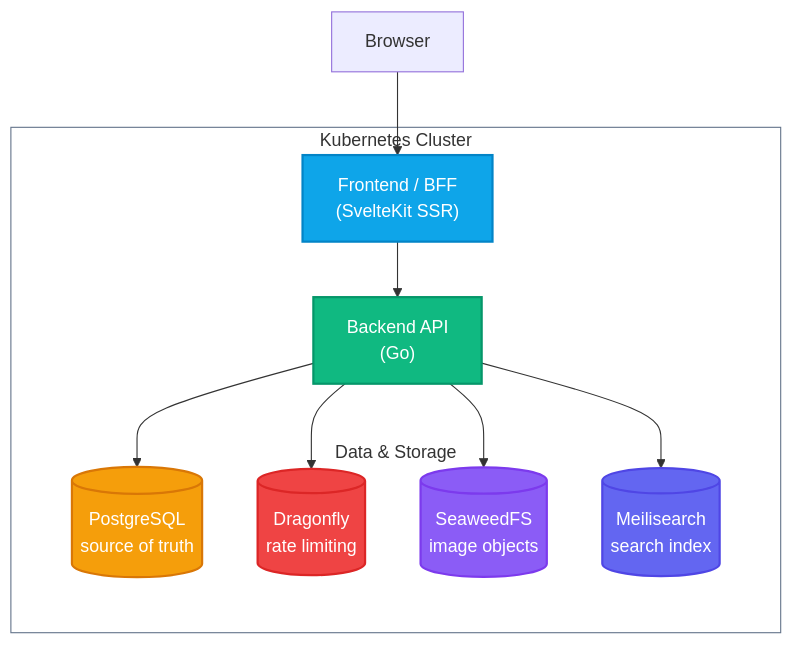
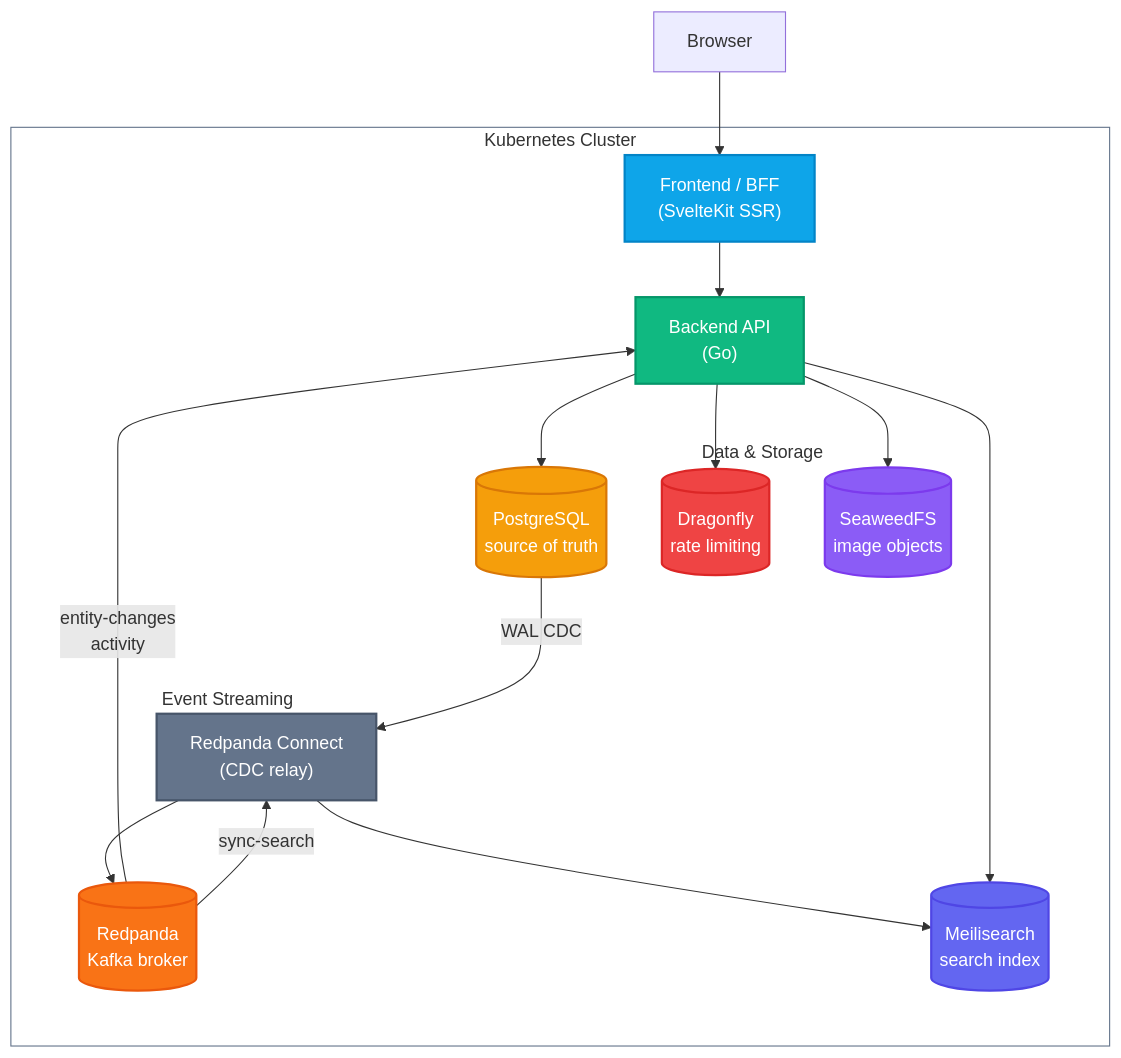
One commit to robbdimitrov/pixelgram changed the diagram in README.md. Above: the diagram before and after it, drawn with Mermaid. The commit also changed other lines of this file and 1 other file, not shown here.

Commit message:
docs: update README and backend AGENTS for notifications, feed, and event streaming

````diff
--- a/README.md
+++ b/README.md
@@ -22,33 +24,46 @@
 ```mermaid
 graph TD
     Browser["Browser"]
 
     subgraph cluster ["Kubernetes Cluster"]
         Web["Frontend / BFF<br>(SvelteKit SSR)"]:::frontend
         API["Backend API<br>(Go)"]:::backend
 
         subgraph data ["Data & Storage"]
             DB[("PostgreSQL<br>source of truth")]:::database
             Cache[("Dragonfly<br>rate limiting")]:::cache
             Blob[("SeaweedFS<br>image objects")]:::storage
             Search[("Meilisearch<br>search index")]:::search
         end
+
+        subgraph streaming ["Event Streaming"]
+            Broker[("Redpanda<br>Kafka broker")]:::broker
+            Connect["Redpanda Connect<br>(CDC relay)"]:::connect
+        end
     end
 
     Browser --> Web
     Web --> API
     API --> DB
     API --> Cache
     API --> Blob
     API --> Search
+    DB -->|WAL CDC| Connect
+    Connect --> Broker
+    Broker -->|entity-changes<br>activity| API
+    Broker -->|sync-search| Connect
+    Connect --> Search
 
     classDef frontend fill:#0ea5e9,stroke:#0284c7,stroke-width:2px,color:#fff
     classDef backend fill:#10b981,stroke:#059669,stroke-width:2px,color:#fff
     classDef database fill:#f59e0b,stroke:#d97706,stroke-width:2px,color:#fff
     classDef storage fill:#8b5cf6,stroke:#7c3aed,stroke-width:2px,color:#fff
     classDef cache fill:#ef4444,stroke:#dc2626,stroke-width:2px,color:#fff
     classDef search fill:#6366f1,stroke:#4f46e5,stroke-width:2px,color:#fff
+    classDef broker fill:#f97316,stroke:#ea580c,stroke-width:2px,color:#fff
+    classDef connect fill:#64748b,stroke:#475569,stroke-width:2px,color:#fff
 
     style cluster fill:transparent,stroke:#64748b
     style data fill:transparent,stroke:transparent
+    style streaming fill:transparent,stroke:transparent
 ```
````
